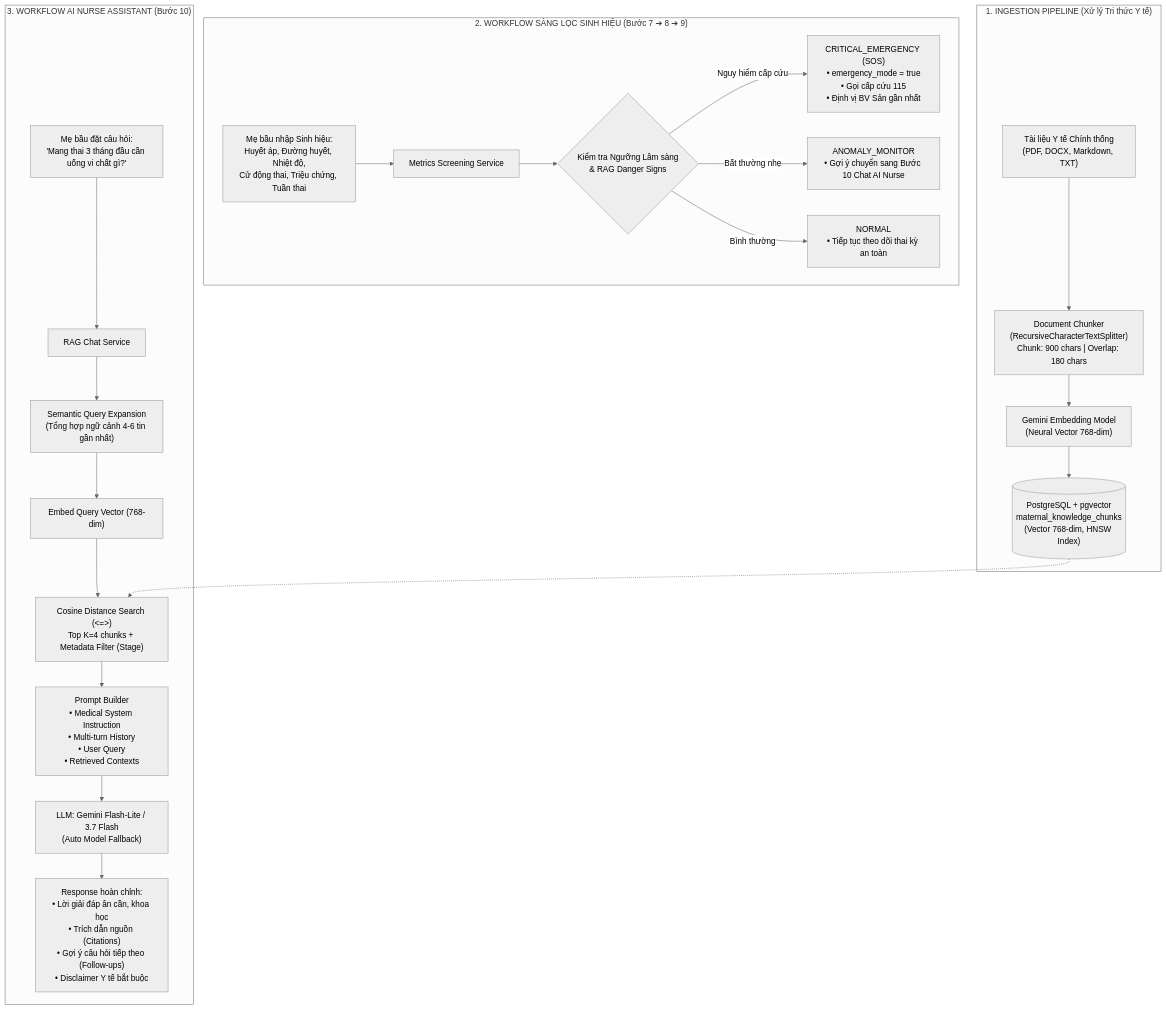
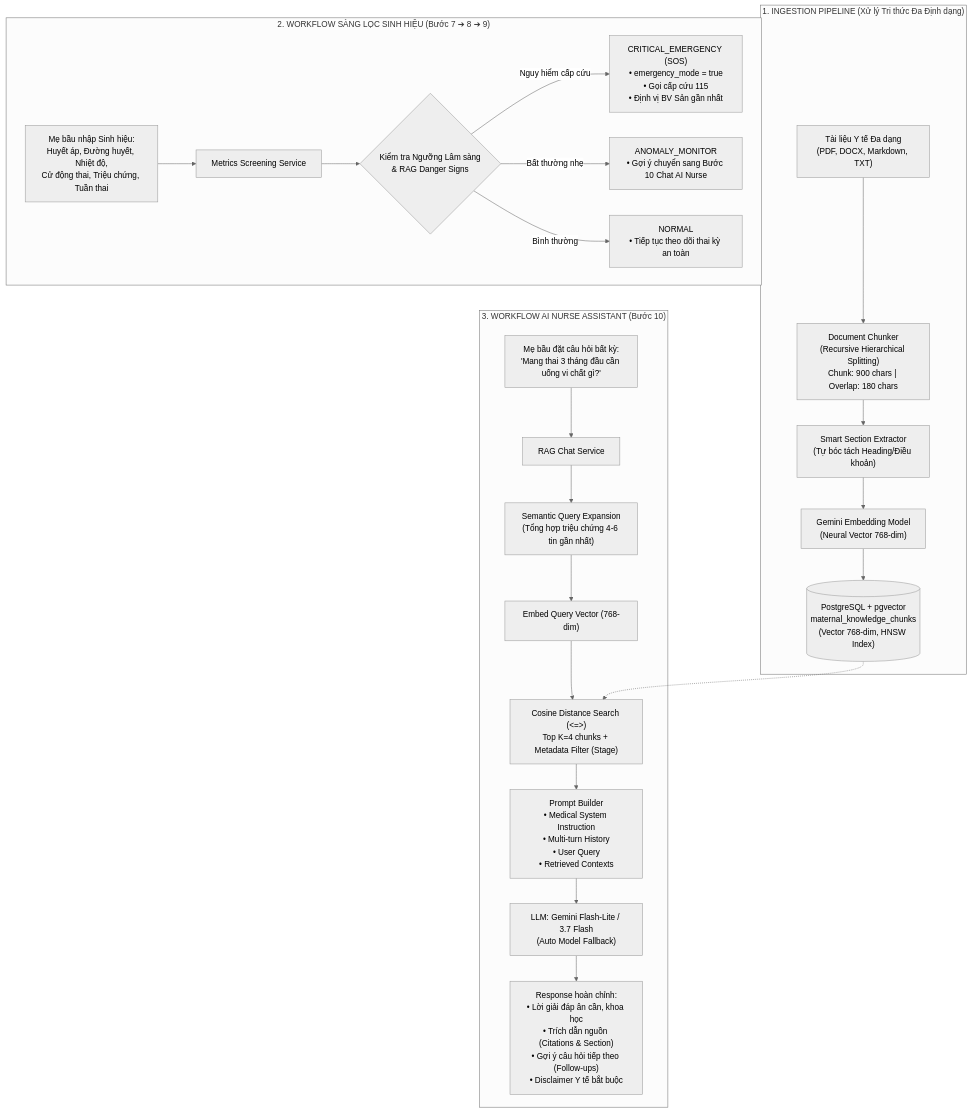
One commit to ChuongBDHE172784/CareBridge_SEP490_G79 changed the diagram in docs/AI/01_THIET_KE_KIEN_TRUC_AI_RAG_VA_BAO_VE_DO_AN.md. Above: the diagram before and after it, drawn with Mermaid (neutral theme). The commit also changed other lines of this file and 3 other files, not shown here.

Commit message:
feat: implement smart section extraction and automated metadata inference for RAG document chunking

````diff
--- a/docs/AI/01_THIET_KE_KIEN_TRUC_AI_RAG_VA_BAO_VE_DO_AN.md
+++ b/docs/AI/01_THIET_KE_KIEN_TRUC_AI_RAG_VA_BAO_VE_DO_AN.md
@@ -46,27 +46,28 @@
 ```mermaid
 flowchart TB
-    subgraph INGESTION["1. INGESTION PIPELINE (Xử lý Tri thức Y tế)"]
-        DOCS["Tài liệu Y tế Chính thống<br/>(PDF, DOCX, Markdown, TXT)"] --> CHUNKER["Document Chunker<br/>(RecursiveCharacterTextSplitter)<br/>Chunk: 900 chars | Overlap: 180 chars"]
-        CHUNKER --> EMBED_GEN["Gemini Embedding Model<br/>(Neural Vector 768-dim)"]
+    subgraph INGESTION["1. INGESTION PIPELINE (Xử lý Tri thức Đa Định dạng)"]
+        DOCS["Tài liệu Y tế Đa dạng<br/>(PDF, DOCX, Markdown, TXT)"] --> CHUNKER["Document Chunker<br/>(Recursive Hierarchical Splitting)<br/>Chunk: 900 chars | Overlap: 180 chars"]
+        CHUNKER --> SEC_EXT["Smart Section Extractor<br/>(Tự bóc tách Heading/Điều khoản)"]
+        SEC_EXT --> EMBED_GEN["Gemini Embedding Model<br/>(Neural Vector 768-dim)"]
         EMBED_GEN --> PG_VECTOR[("PostgreSQL + pgvector<br/>maternal_knowledge_chunks<br/>(Vector 768-dim, HNSW Index)")]
     end
 
     subgraph METRICS_FLOW["2. WORKFLOW SÀNG LỌC SINH HIỆU (Bước 7 ➔ 8 ➔ 9)"]
         USER_METRICS["Mẹ bầu nhập Sinh hiệu:<br/>Huyết áp, Đường huyết, Nhiệt độ,<br/>Cử động thai, Triệu chứng, Tuần thai"] --> EVAL_SVC["Metrics Screening Service"]
         EVAL_SVC --> THRESHOLD_GATE{"Kiểm tra Ngưỡng Lâm sàng<br/>& RAG Danger Signs"}
         THRESHOLD_GATE -->|Nguy hiểm cấp cứu| CRITICAL["CRITICAL_EMERGENCY (SOS)<br/>• emergency_mode = true<br/>• Gọi cấp cứu 115<br/>• Định vị BV Sản gần nhất"]
         THRESHOLD_GATE -->|Bất thường nhẹ| ANOMALY["ANOMALY_MONITOR<br/>• Gợi ý chuyển sang Bước 10 Chat AI Nurse"]
         THRESHOLD_GATE -->|Bình thường| NORMAL["NORMAL<br/>• Tiếp tục theo dõi thai kỳ an toàn"]
     end
 
     subgraph CHAT_FLOW["3. WORKFLOW AI NURSE ASSISTANT (Bước 10)"]
-        USER_MSG["Mẹ bầu đặt câu hỏi:<br/>'Mang thai 3 tháng đầu cần uống vi chất gì?'"] --> RAG_SVC["RAG Chat Service"]
-        RAG_SVC --> Q_EXPAND["Semantic Query Expansion<br/>(Tổng hợp ngữ cảnh 4-6 tin gần nhất)"]
+        USER_MSG["Mẹ bầu đặt câu hỏi bất kỳ:<br/>'Mang thai 3 tháng đầu cần uống vi chất gì?'"] --> RAG_SVC["RAG Chat Service"]
+        RAG_SVC --> Q_EXPAND["Semantic Query Expansion<br/>(Tổng hợp triệu chứng 4-6 tin gần nhất)"]
         Q_EXPAND --> Q_EMBED["Embed Query Vector (768-dim)"]
         Q_EMBED --> V_SEARCH["Cosine Distance Search (<=>)<br/>Top K=4 chunks + Metadata Filter (Stage)"]
         PG_VECTOR -.-> V_SEARCH
         V_SEARCH --> PROMPT_BUILD["Prompt Builder<br/>• Medical System Instruction<br/>• Multi-turn History<br/>• User Query<br/>• Retrieved Contexts"]
         PROMPT_BUILD --> GEMINI_LLM["LLM: Gemini Flash-Lite / 3.7 Flash<br/>(Auto Model Fallback)"]
-        GEMINI_LLM --> FINAL_RESP["Response hoàn chỉnh:<br/>• Lời giải đáp ân cần, khoa học<br/>• Trích dẫn nguồn (Citations)<br/>• Gợi ý câu hỏi tiếp theo (Follow-ups)<br/>• Disclaimer Y tế bắt buộc"]
+        GEMINI_LLM --> FINAL_RESP["Response hoàn chỉnh:<br/>• Lời giải đáp ân cần, khoa học<br/>• Trích dẫn nguồn (Citations & Section)<br/>• Gợi ý câu hỏi tiếp theo (Follow-ups)<br/>• Disclaimer Y tế bắt buộc"]
     end
 ```
````
